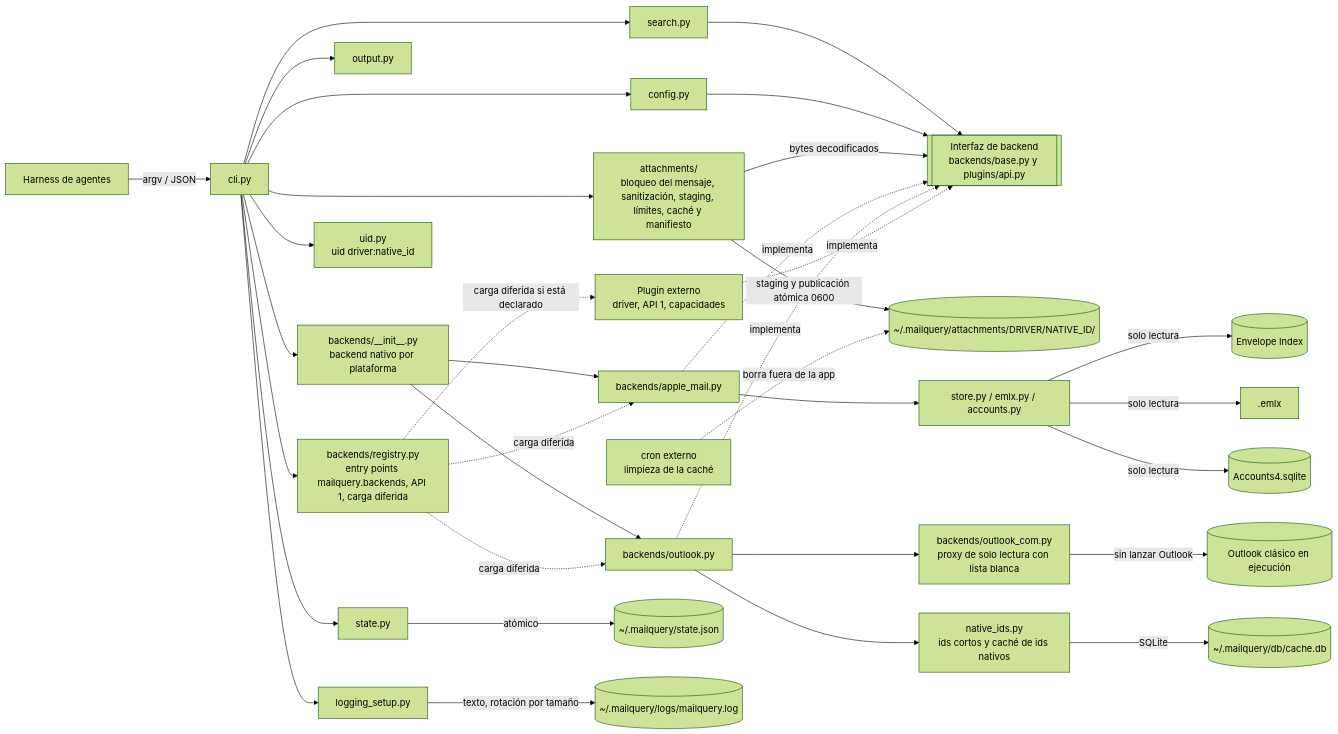
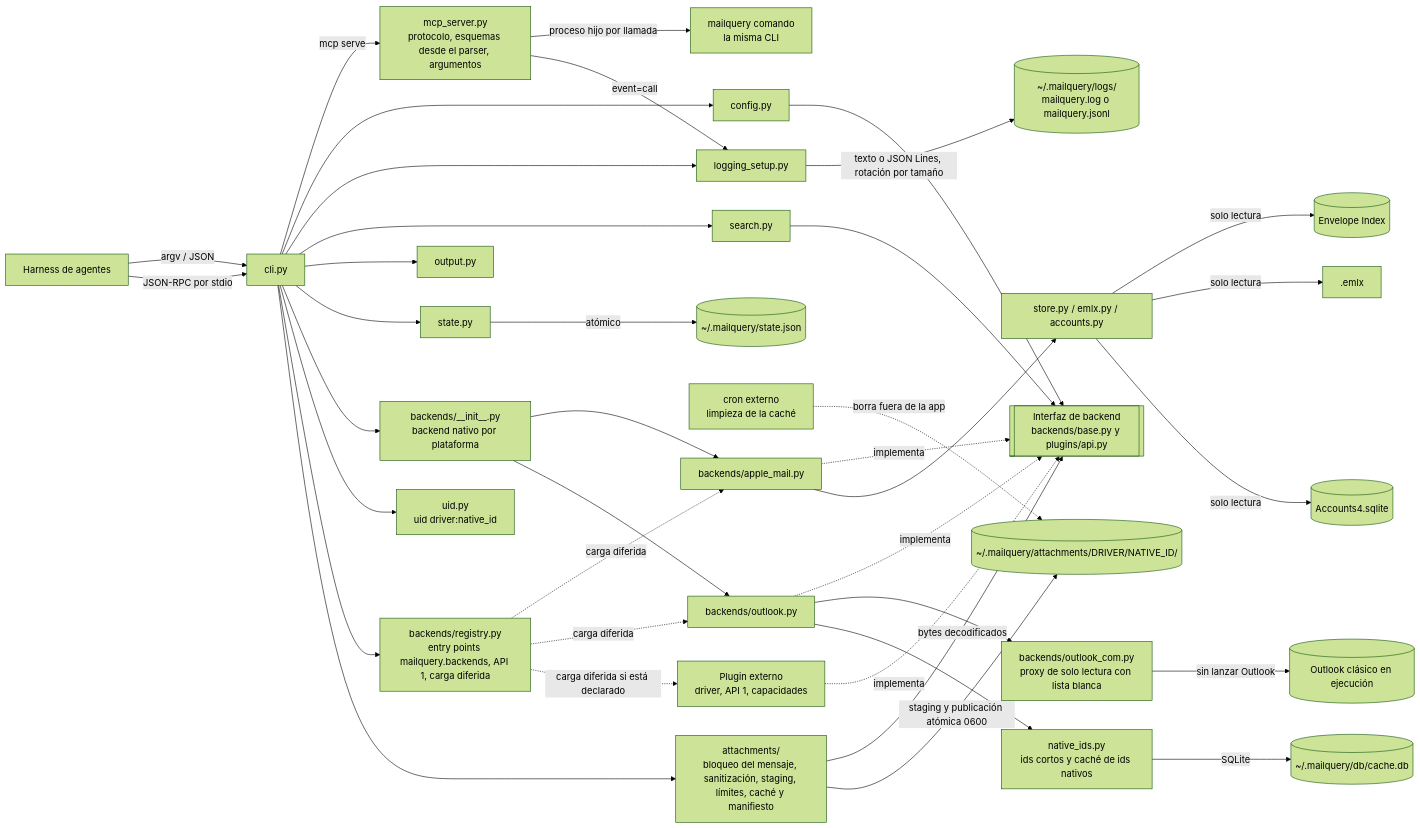
The first of 4 diagrams in docs/prd/09-arquitectura.md (dayler/mailquery), drawn with Mermaid (forest theme) before and after one commit. The commit also changed other lines of this file and 23 other files, not shown here.

````diff
--- a/docs/prd/09-arquitectura.md
+++ b/docs/prd/09-arquitectura.md
@@ -12,36 +12,40 @@
 ```mermaid
 flowchart LR
     H[Harness de agentes] -->|argv / JSON| CLI[cli.py]
+    H -->|JSON-RPC por stdio| CLI
+    CLI -->|mcp serve| MCP[mcp_server.py<br/>protocolo, esquemas desde el parser, argumentos]
+    MCP -->|proceso hijo por llamada| CHILD[mailquery comando<br/>la misma CLI]
     CLI --> CFG[config.py]
     CLI --> LOG[logging_setup.py]
     CLI --> SR[search.py]
     CLI --> OUT[output.py]
     CLI --> STT[state.py]
     CLI --> SEL[backends/__init__.py<br/>backend nativo por plataforma]
     CLI --> UID[uid.py<br/>uid driver:native_id]
     CLI --> REG[backends/registry.py<br/>entry points mailquery.backends, API 1, carga diferida]
     CLI --> ATT[attachments/<br/>bloqueo del mensaje, sanitización, staging, límites, caché y manifiesto]
     SR --> IF[[Interfaz de backend<br/>backends/base.py y plugins/api.py]]
     CFG --> IF
     ATT -->|bytes decodificados| IF
     ATT -->|staging y publicación atómica 0600| CACHE[(~/.mailquery/attachments/DRIVER/NATIVE_ID/)]
     CRON[cron externo<br/>limpieza de la caché] -.->|borra fuera de la app| CACHE
     SEL --> AM[backends/apple_mail.py]
     SEL --> OL[backends/outlook.py]
     REG -.->|carga diferida| AM
     REG -.->|carga diferida| OL
     REG -.->|carga diferida si está declarado| PLG[Plugin externo<br/>driver, API 1, capacidades]
     AM -.implementa.-> IF
     OL -.implementa.-> IF
     PLG -.implementa.-> IF
     AM --> ST[store.py / emlx.py / accounts.py]
     ST -->|solo lectura| EI[(Envelope Index)]
     ST -->|solo lectura| EM[.emlx]
     ST -->|solo lectura| ADS[(Accounts4.sqlite)]
     OL --> COM[backends/outlook_com.py<br/>proxy de solo lectura con lista blanca]
     OL --> NID[native_ids.py<br/>ids cortos y caché de ids nativos]
     NID -->|SQLite| NDB[(~/.mailquery/db/cache.db)]
     COM -->|sin lanzar Outlook| OUTLOOK[(Outlook clásico en ejecución)]
     STT -->|atómico| STATE[(~/.mailquery/state.json)]
-    LOG -->|texto, rotación por tamaño| LOGF[(~/.mailquery/logs/mailquery.log)]
+    LOG -->|texto o JSON Lines, rotación por tamaño| LOGF[(~/.mailquery/logs/<br/>mailquery.log o mailquery.jsonl)]
+    MCP -->|event=call| LOG
 ```
````
